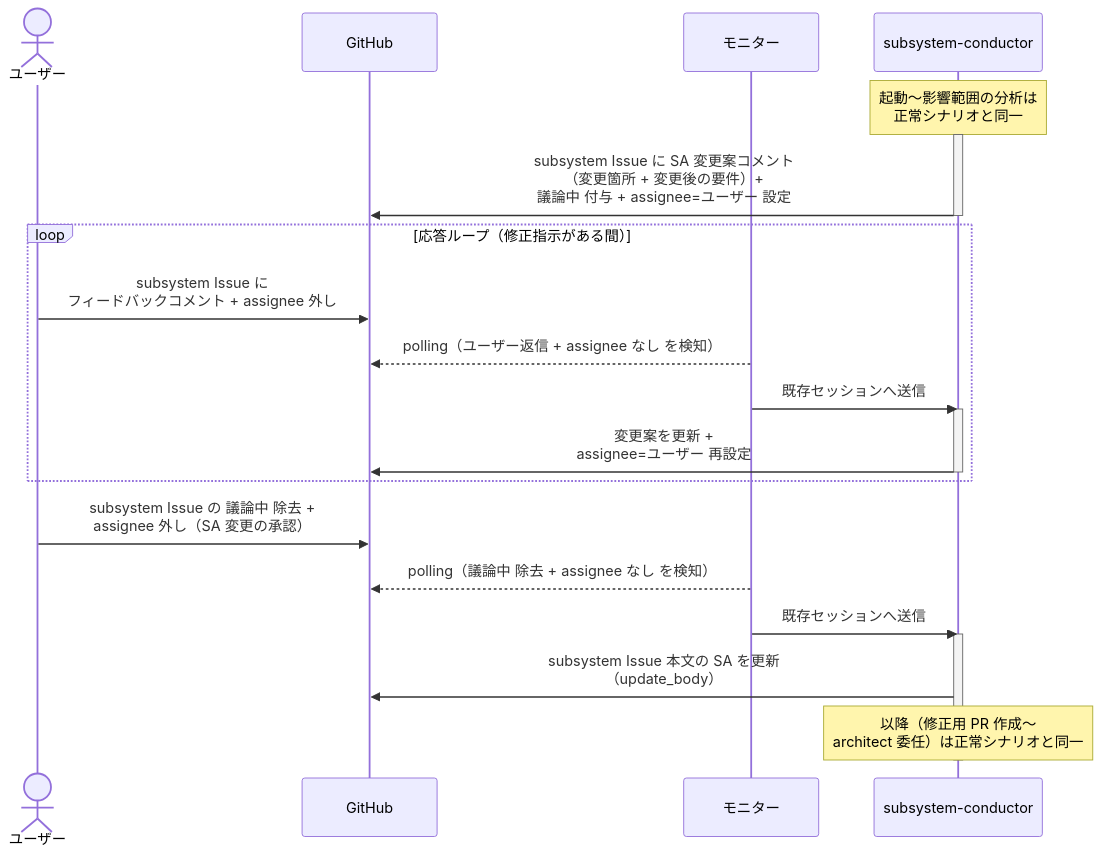
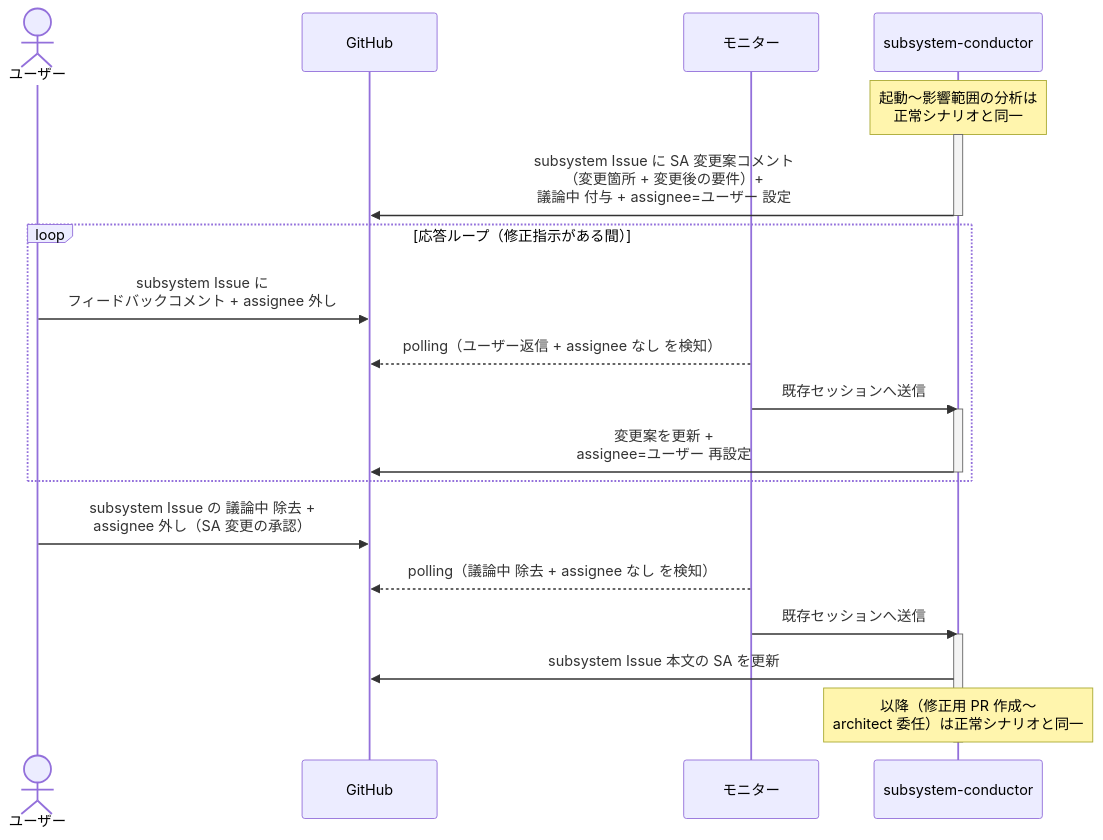
One commit to shuhei1101/ai-monitor changed the second of 2 diagrams in docs/wiki/設計図/シナリオ/単一ユースケース/バグ修正着手.md. Above: the diagram before and after it, drawn with Mermaid. The commit also changed 80 other files, not shown here.

````diff
--- a/docs/wiki/設計図/シナリオ/単一ユースケース/バグ修正着手.md
+++ b/docs/wiki/設計図/シナリオ/単一ユースケース/バグ修正着手.md
@@ -71,29 +71,29 @@
 ```mermaid
 sequenceDiagram
   actor U as ユーザー
   participant GH as GitHub
   participant ORC as モニター
   participant MON as subsystem-conductor
 
   Note over MON: 起動〜影響範囲の分析は<br>正常シナリオと同一
   activate MON
   MON->>GH: subsystem Issue に SA 変更案コメント<br>（変更箇所 + 変更後の要件）+<br>議論中 付与 + assignee=ユーザー 設定
   deactivate MON
 
   loop 応答ループ（修正指示がある間）
     U->>GH: subsystem Issue に<br>フィードバックコメント + assignee 外し
     ORC-->>GH: polling（ユーザー返信 + assignee なし を検知）
     ORC->>MON: 既存セッションへ送信
     activate MON
     MON->>GH: 変更案を更新 +<br>assignee=ユーザー 再設定
     deactivate MON
   end
 
   U->>GH: subsystem Issue の 議論中 除去 +<br>assignee 外し（SA 変更の承認）
   ORC-->>GH: polling（議論中 除去 + assignee なし を検知）
   ORC->>MON: 既存セッションへ送信
   activate MON
-  MON->>GH: subsystem Issue 本文の SA を更新<br>（update_body）
+  MON->>GH: subsystem Issue 本文の SA を更新
   Note over MON: 以降（修正用 PR 作成〜<br>architect 委任）は正常シナリオと同一
   deactivate MON
 ```
````
